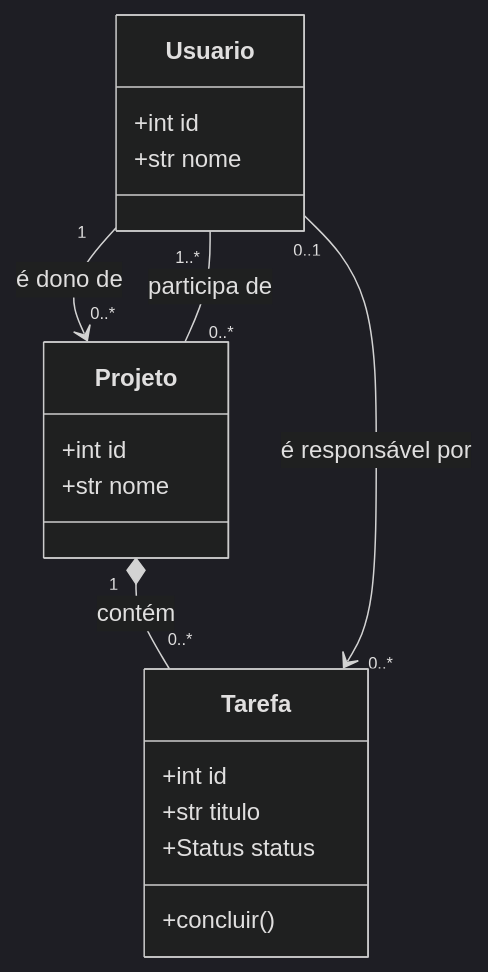
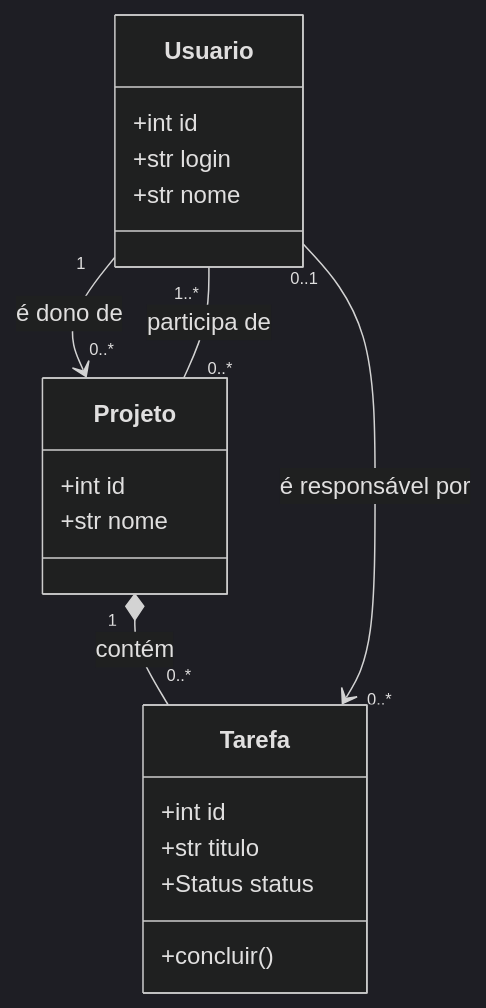
The first of 4 diagrams in docs/capitulos/04_projeto_arquitetura.md (lambdageo-edu/book-engenharia-de-software), drawn with Mermaid (dark theme) before and after one commit. The commit also changed other lines of this file and 6 other files, not shown here.

````diff
--- a/docs/capitulos/04_projeto_arquitetura.md
+++ b/docs/capitulos/04_projeto_arquitetura.md
@@ -77,22 +77,23 @@
 ```mermaid
 classDiagram
     direction TB
     class Usuario {
         +int id
+        +str login
         +str nome
     }
     class Projeto {
         +int id
         +str nome
     }
     class Tarefa {
         +int id
         +str titulo
         +Status status
         +concluir()
     }
     Usuario "1" --> "0..*" Projeto : é dono de
     Usuario "1..*" -- "0..*" Projeto : participa de
     Projeto "1" *-- "0..*" Tarefa : contém
     Usuario "0..1" --> "0..*" Tarefa : é responsável por
 ```
````
